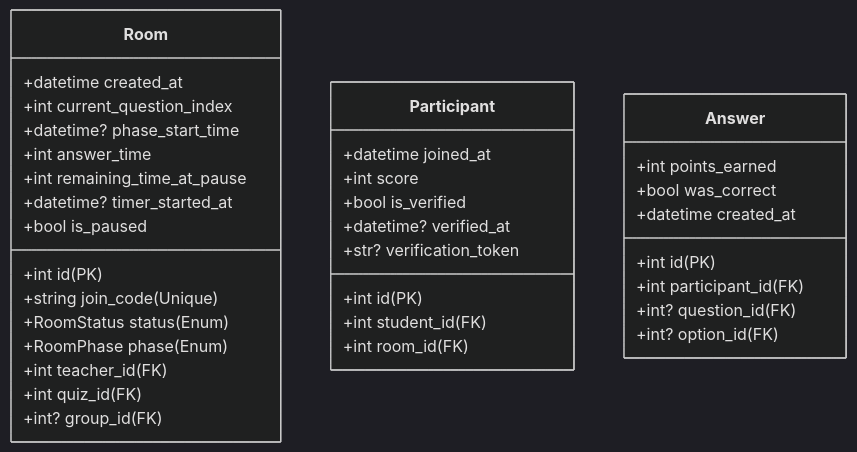
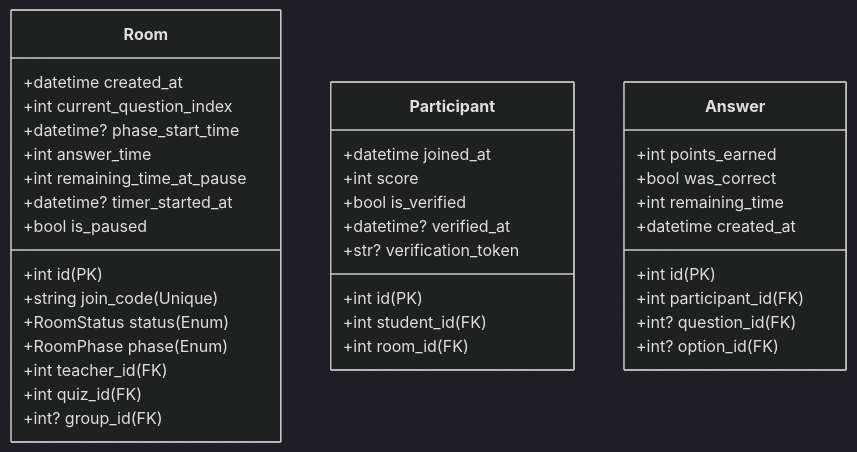
The third of 4 diagrams in docs/modelo_de_datos.md (frangago71/quizzie-TFG), drawn with Mermaid (dark theme) before and after one commit. The commit also changed other lines of this file and 2 other files, not shown here.

Commit message:
feat: capture remaining time at submitting answer
Refs #10

````diff
--- a/docs/modelo_de_datos.md
+++ b/docs/modelo_de_datos.md
@@ -112,41 +113,42 @@
 ```mermaid
 classDiagram
     direction TB
     class Room {
             +int id (PK)
             +string join_code (Unique)
             +RoomStatus status (Enum)
             +datetime created_at
             +int current_question_index
             +RoomPhase phase (Enum)
             +datetime? phase_start_time
             +int answer_time
             +int remaining_time_at_pause
             +datetime? timer_started_at
             +bool is_paused
             +int teacher_id (FK)
             +int quiz_id (FK)
             +int? group_id (FK)
         }
 
     class Participant {
         +int id (PK)
         +datetime joined_at
         +int score
         +bool is_verified
         +datetime? verified_at  
         +str? verification_token
         +int student_id (FK)
         +int room_id (FK)
     }
 
     class Answer {
         +int id (PK)
         +int points_earned
         +bool was_correct
+        +int remaining_time
         +datetime created_at
         +int participant_id (FK)
         +int? question_id (FK)
         +int? option_id (FK)
     }
 ```
````
